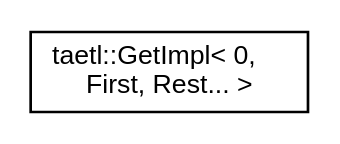
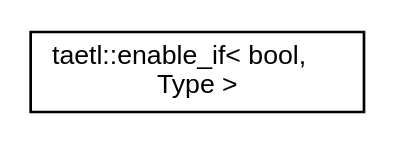
One commit to tobanteAudio/taetl changed the diagram in inherit_graph_3.dot. Above: the diagram before and after it, drawn with Graphviz. The commit also changed 72 other files, not shown here.

```diff
--- a/inherit_graph_3.dot
+++ b/inherit_graph_3.dot
@@ -1,7 +1,7 @@
 digraph "Graphical Class Hierarchy"
 {
   edge [fontname="Helvetica",fontsize="10",labelfontname="Helvetica",labelfontsize="10"];
   node [fontname="Helvetica",fontsize="10",shape=record];
   rankdir="LR";
-  Node0 [label="taetl::GetImpl\< 0,\l First, Rest... \>",height=0.2,width=0.4,color="black", fillcolor="white", style="filled",URL="$structtaetl_1_1GetImpl_3_010_00_01First_00_01Rest_8_8_8_01_4.html"];
+  Node0 [label="taetl::enable_if\< bool,\l Type \>",height=0.2,width=0.4,color="black", fillcolor="white", style="filled",URL="$structtaetl_1_1enable__if.html",tooltip="Define a member typedef only if a boolean constant is true. "];
 }
```
